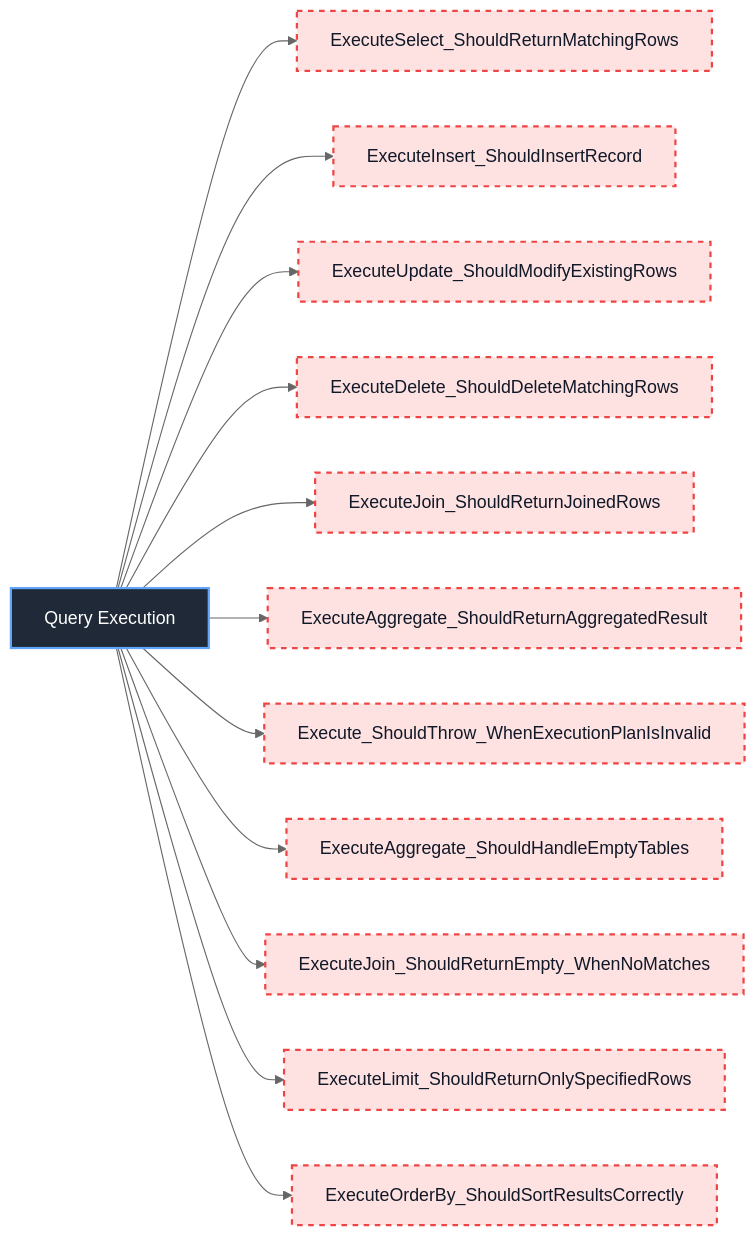
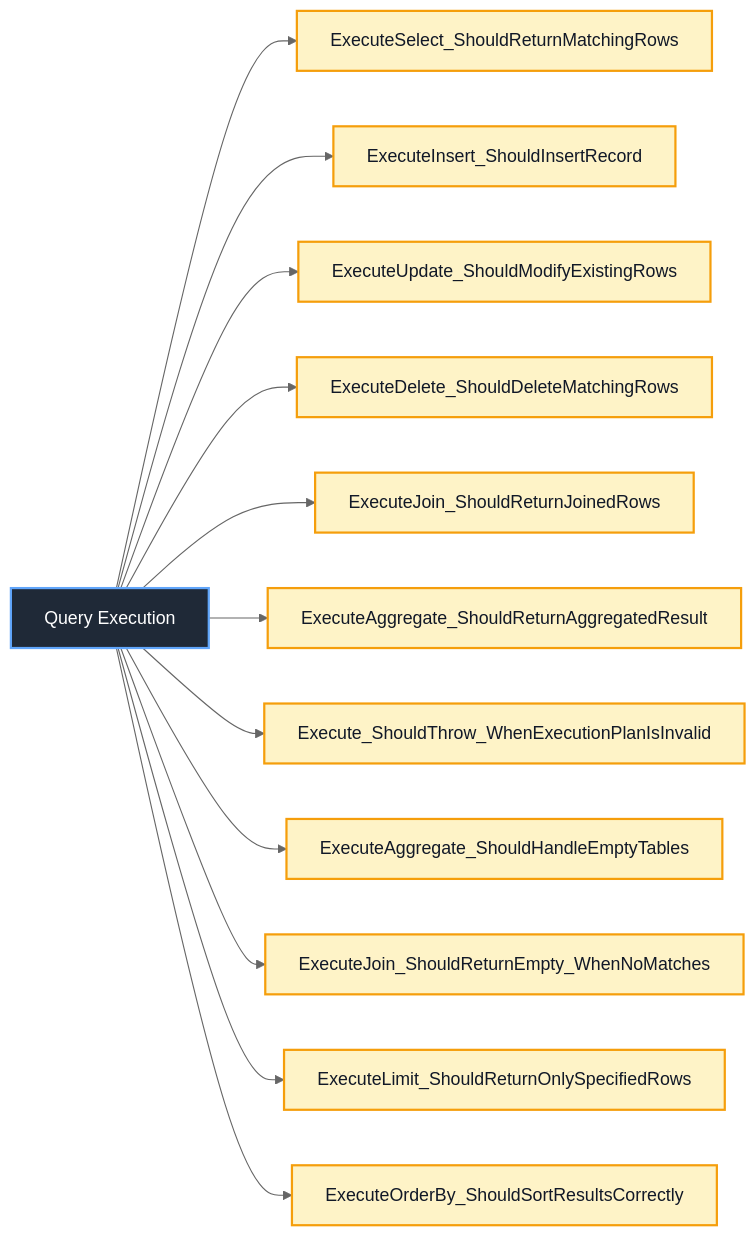
Diagram 42 of 53 in docs/sequence-diagrams/README.md (Hagiakhanh/bbv-dbms), drawn with Mermaid (neutral theme) before and after one commit. The commit also changed other lines of this file and 30 other files, not shown here.

````diff
--- a/docs/sequence-diagrams/README.md
+++ b/docs/sequence-diagrams/README.md
@@ -1598,23 +1599,23 @@
 ```mermaid
 flowchart LR
     ClassNode["Query Execution"]
 
     ClassNode --> Query_Execution_1["ExecuteSelect_ShouldReturnMatchingRows"]
     ClassNode --> Query_Execution_2["ExecuteInsert_ShouldInsertRecord"]
     ClassNode --> Query_Execution_3["ExecuteUpdate_ShouldModifyExistingRows"]
     ClassNode --> Query_Execution_4["ExecuteDelete_ShouldDeleteMatchingRows"]
     ClassNode --> Query_Execution_5["ExecuteJoin_ShouldReturnJoinedRows"]
     ClassNode --> Query_Execution_6["ExecuteAggregate_ShouldReturnAggregatedResult"]
     ClassNode --> Query_Execution_7["Execute_ShouldThrow_WhenExecutionPlanIsInvalid"]
     ClassNode --> Query_Execution_8["ExecuteAggregate_ShouldHandleEmptyTables"]
     ClassNode --> Query_Execution_9["ExecuteJoin_ShouldReturnEmpty_WhenNoMatches"]
     ClassNode --> Query_Execution_10["ExecuteLimit_ShouldReturnOnlySpecifiedRows"]
     ClassNode --> Query_Execution_11["ExecuteOrderBy_ShouldSortResultsCorrectly"]
 
     classDef classNode fill:#1f2937,stroke:#60a5fa,color:#ffffff,stroke-width:2px
     classDef completedTest fill:#dcfce7,stroke:#22c55e,color:#111827,stroke-width:2px
-    classDef missingTest fill:#fee2e2,stroke:#ef4444,color:#111827,stroke-width:2px,stroke-dasharray:5 5
+    classDef redPhaseTest fill:#fef3c7,stroke:#f59e0b,color:#111827,stroke-width:2px
 
     class ClassNode classNode
-    class Query_Execution_1,Query_Execution_2,Query_Execution_3,Query_Execution_4,Query_Execution_5,Query_Execution_6,Query_Execution_7,Query_Execution_8,Query_Execution_9,Query_Execution_10,Query_Execution_11 missingTest
+    class Query_Execution_1,Query_Execution_2,Query_Execution_3,Query_Execution_4,Query_Execution_5,Query_Execution_6,Query_Execution_7,Query_Execution_8,Query_Execution_9,Query_Execution_10,Query_Execution_11 redPhaseTest
 ```
````
